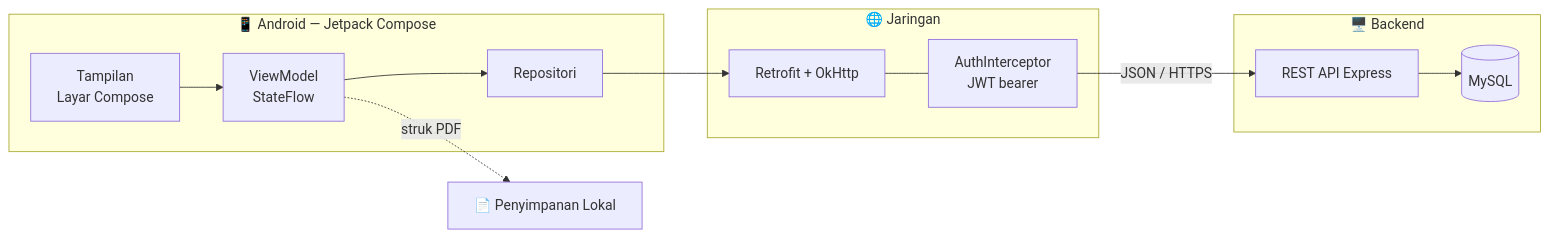
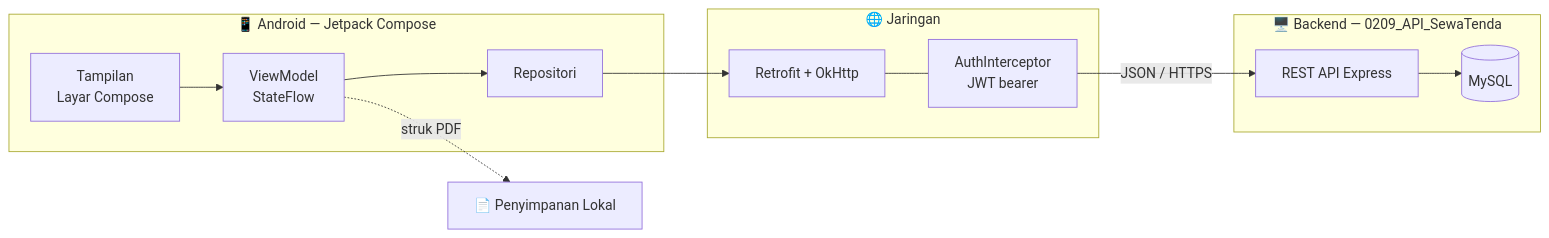
One commit to anzein-zayn/SewaTenda changed the first of 2 diagrams in README.md. Above: the diagram before and after it, drawn with Mermaid. The commit also changed other lines of this file, not shown here.

````diff
--- a/README.md
+++ b/README.md
@@ -76,23 +83,23 @@
 ```mermaid
 flowchart LR
     subgraph Android["📱 Android — Jetpack Compose"]
         V["Tampilan<br/>Layar Compose"] --> VM["ViewModel<br/>StateFlow"]
         VM --> R["Repositori"]
     end
 
     subgraph Jaringan["🌐 Jaringan"]
         RA["Retrofit + OkHttp"]
         AI["AuthInterceptor<br/>JWT bearer"]
         RA --- AI
     end
 
-    subgraph Peladen["🖥️ Backend"]
+    subgraph Peladen["🖥️ Backend — 0209_API_SewaTenda"]
         EX["REST API Express"]
         DB[("MySQL")]
         EX --> DB
     end
 
     R --> RA
     AI -->|"JSON / HTTPS"| EX
     VM -.->|"struk PDF"| FS["📄 Penyimpanan Lokal"]
 ```
````
